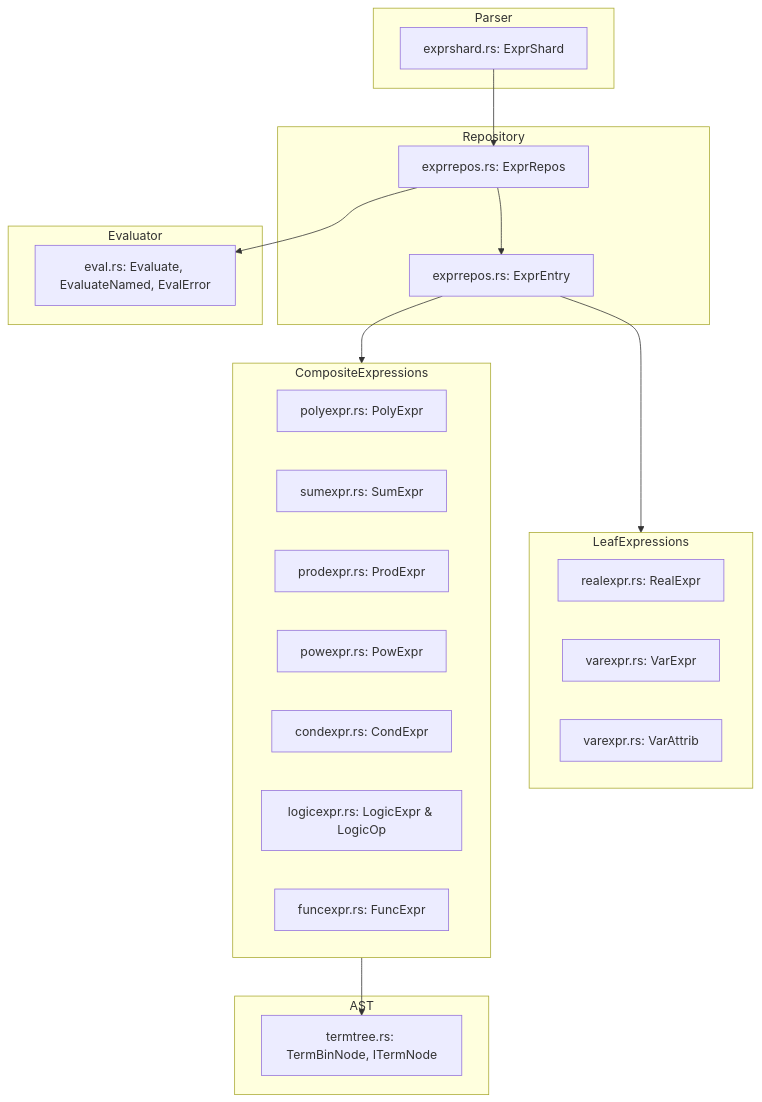
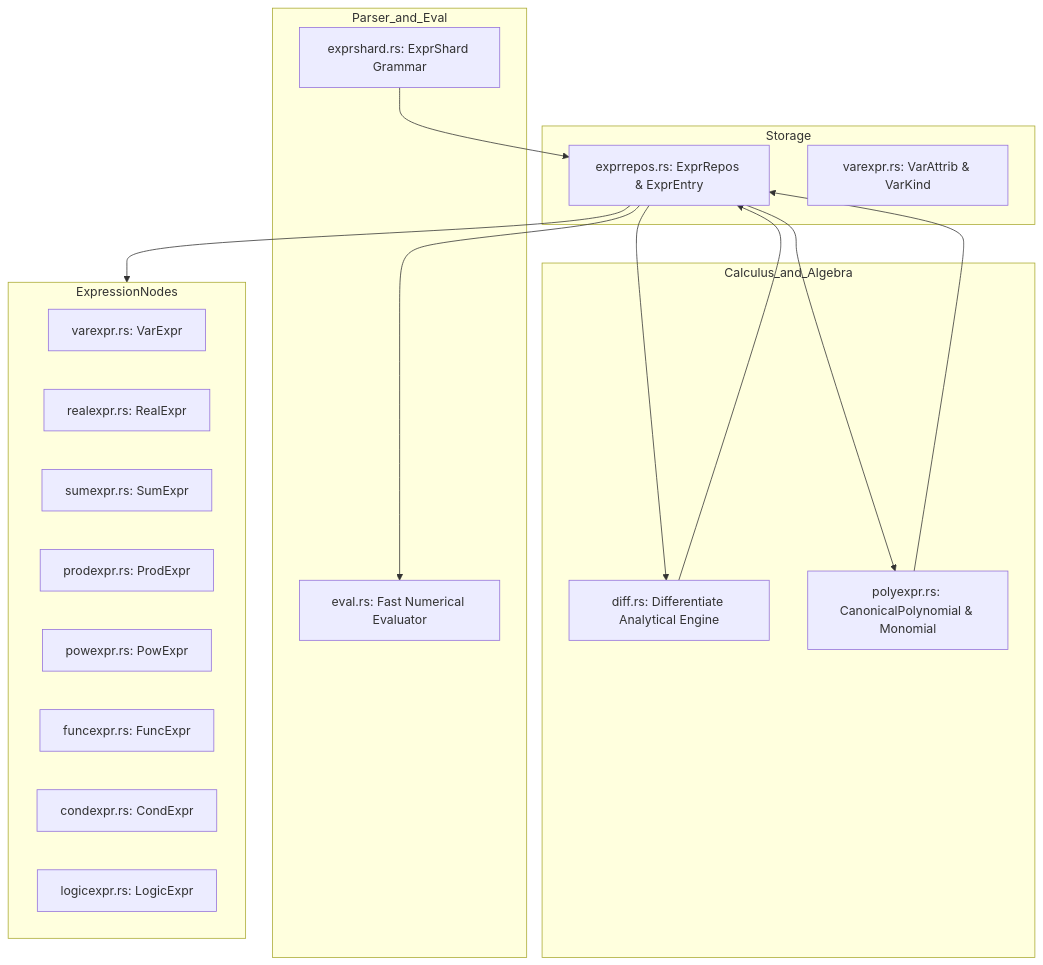
Before and after one commit to jswarup/Trellis: the diagram in wiki/modules/fresco.md, drawn with Mermaid. The commit also changed other lines of this file and 16 other files, not shown here.

````diff
--- a/wiki/modules/fresco.md
+++ b/wiki/modules/fresco.md
@@ -25,37 +27,33 @@
 ```mermaid
 flowchart TD
-    subgraph Repository
-        ExprRepos["exprrepos.rs: ExprRepos"]
-        ExprEntry["exprrepos.rs: ExprEntry"]
+    subgraph Storage
+        ExprRepos[exprrepos.rs: ExprRepos & ExprEntry]
+        VarAttrib[varexpr.rs: VarAttrib & VarKind]
     end
-    subgraph Parser
-        ExprShard["exprshard.rs: ExprShard"]
+    subgraph Calculus_and_Algebra
+        Diff[diff.rs: Differentiate Analytical Engine]
+        PolyNorm[polyexpr.rs: CanonicalPolynomial & Monomial]
     end
-    subgraph Evaluator
-        Eval["eval.rs: Evaluate, EvaluateNamed, EvalError"]
+    subgraph Parser_and_Eval
+        ExprShard[exprshard.rs: ExprShard Grammar]
+        Eval[eval.rs: Fast Numerical Evaluator]
     end
-    subgraph LeafExpressions
-        RealExpr["realexpr.rs: RealExpr"]
-        VarExpr["varexpr.rs: VarExpr"]
-        VarAttrib["varexpr.rs: VarAttrib"]
-    end
-    subgraph CompositeExpressions
-        PolyExpr["polyexpr.rs: PolyExpr"]
-        SumExpr["sumexpr.rs: SumExpr"]
-        ProdExpr["prodexpr.rs: ProdExpr"]
-        PowExpr["powexpr.rs: PowExpr"]
-        CondExpr["condexpr.rs: CondExpr"]
-        LogicExpr["logicexpr.rs: LogicExpr & LogicOp"]
-        FuncExpr["funcexpr.rs: FuncExpr"]
-    end
-    subgraph AST
-        TermTree["termtree.rs: TermBinNode, ITermNode"]
+    subgraph ExpressionNodes
+        VarExpr[varexpr.rs: VarExpr]
+        RealExpr[realexpr.rs: RealExpr]
+        SumExpr[sumexpr.rs: SumExpr]
+        ProdExpr[prodexpr.rs: ProdExpr]
+        PowExpr[powexpr.rs: PowExpr]
+        FuncExpr[funcexpr.rs: FuncExpr]
+        CondExpr[condexpr.rs: CondExpr]
+        LogicExpr[logicexpr.rs: LogicExpr]
     end
 
     ExprShard --> ExprRepos
-    ExprRepos --> ExprEntry
     ExprRepos --> Eval
-    ExprEntry --> LeafExpressions
-    ExprEntry --> CompositeExpressions
-    CompositeExpressions --> TermTree
+    ExprRepos --> Diff
+    ExprRepos --> PolyNorm
+    Diff --> ExprRepos
+    PolyNorm --> ExprRepos
+    ExprRepos --> ExpressionNodes
 ```
````
